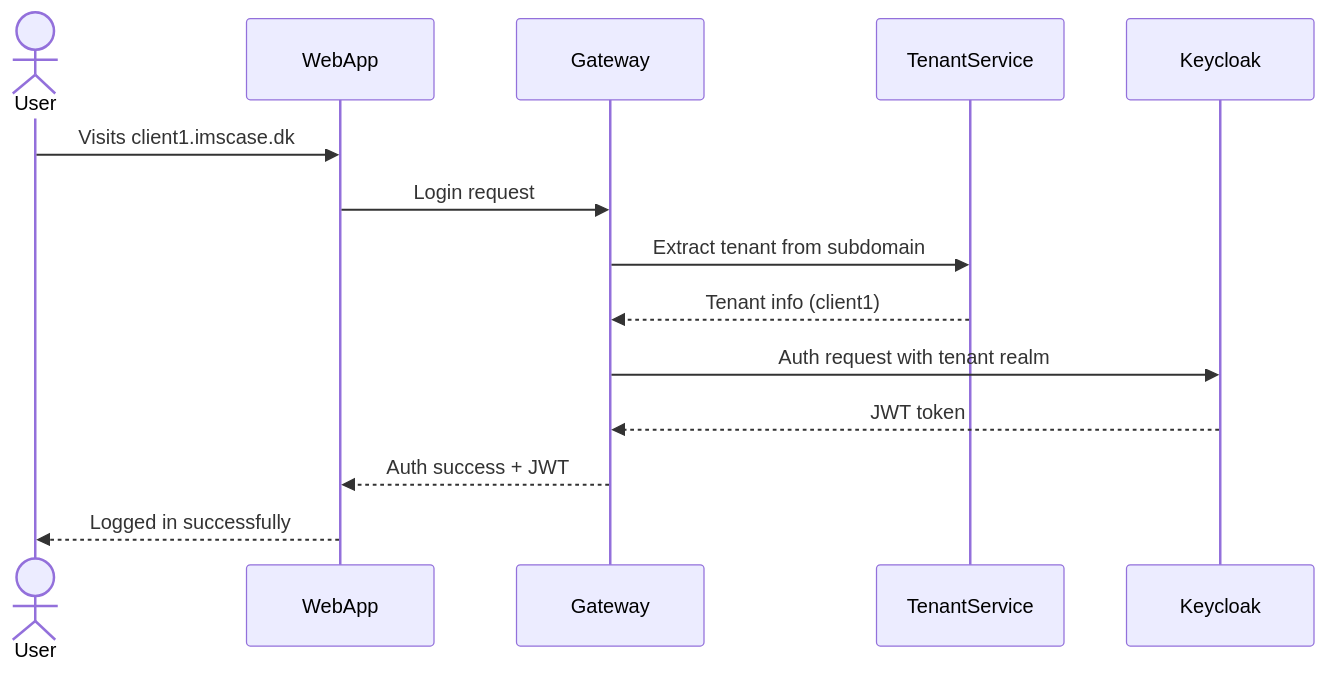
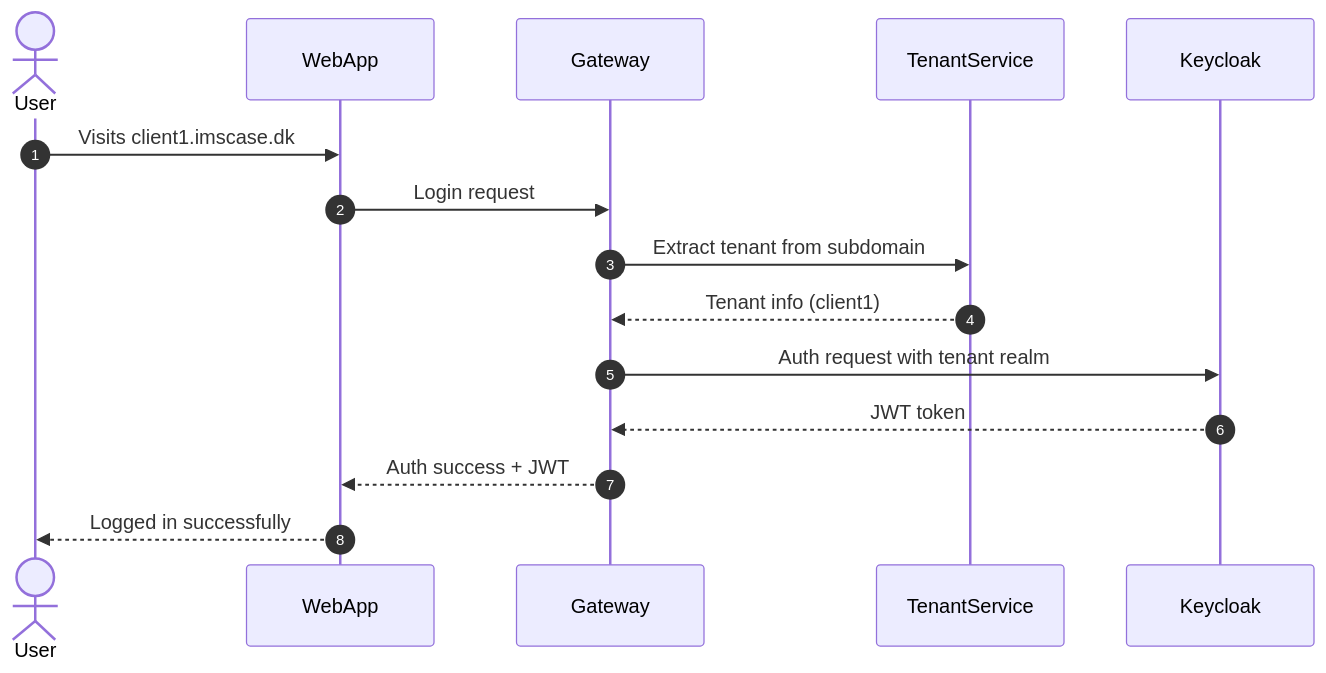
Before and after one commit to rasmusulriksen/BachelorsProject: the diagram in Diagrams/New/LoginSequenceDiagram.md, drawn with Mermaid. The commit also changed other lines of this file and 4 other files, not shown here.

Commit message:
Improved diagrams slightly

````diff
--- a/Diagrams/New/LoginSequenceDiagram.md
+++ b/Diagrams/New/LoginSequenceDiagram.md
@@ -3,18 +9,20 @@
 ```mermaid
 sequenceDiagram
+    autonumber
+
     actor User
     participant WebApp
     participant Gateway
     participant TenantService
     participant Keycloak
     
     User->>WebApp: Visits client1.imscase.dk
     WebApp->>Gateway: Login request
     Gateway->>TenantService: Extract tenant from subdomain
     TenantService-->>Gateway: Tenant info (client1)
     
     Gateway->>Keycloak: Auth request with tenant realm
     Keycloak-->>Gateway: JWT token
     Gateway-->>WebApp: Auth success + JWT
     WebApp-->>User: Logged in successfully
 ``` 
````
